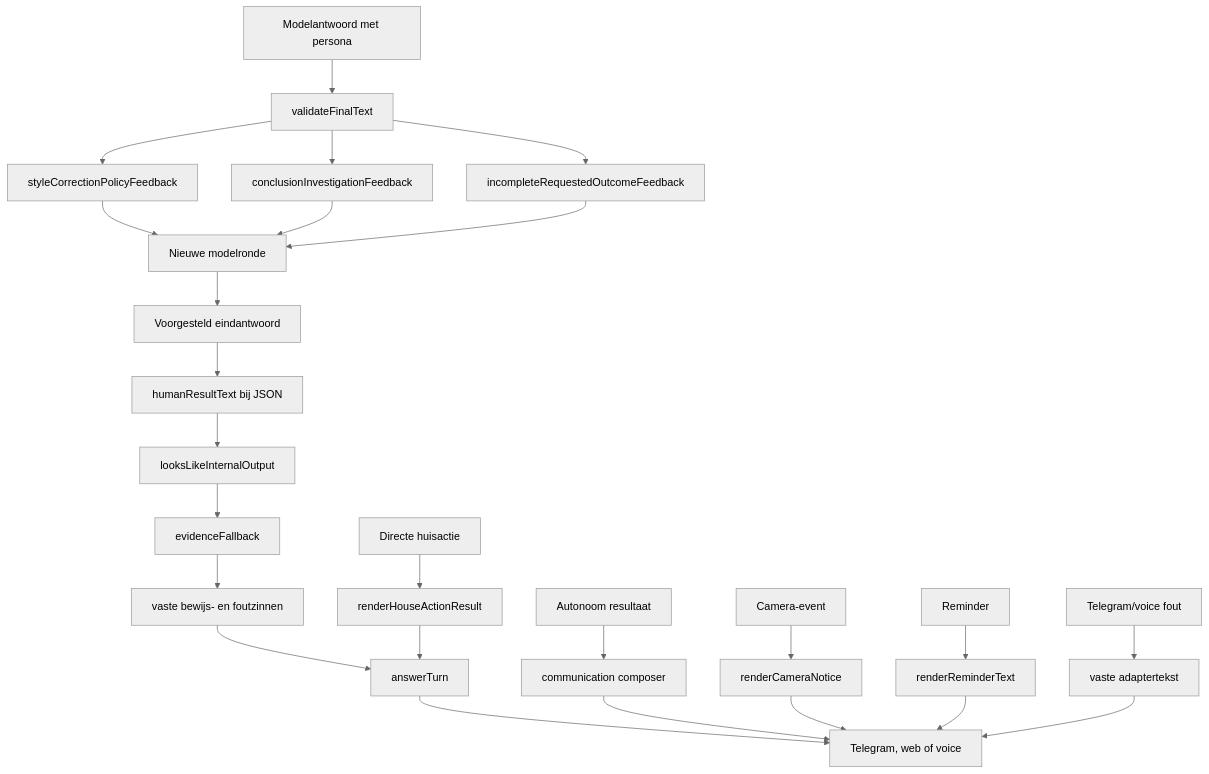
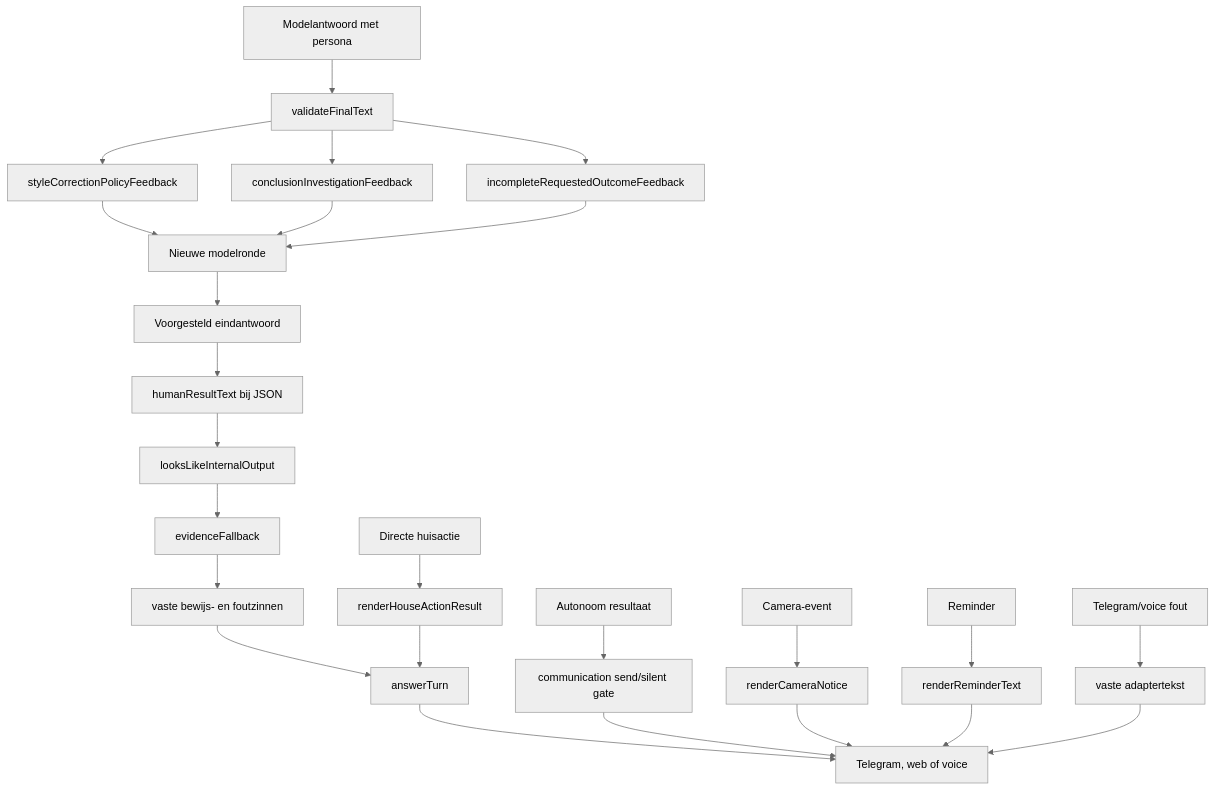
One commit to jaapfrank/eva changed the third of 3 diagrams in docs/eva-runtime-map.md. Above: the diagram before and after it, drawn with Mermaid (neutral theme). The commit also changed other lines of this file and 39 other files, not shown here.

````diff
--- a/docs/eva-runtime-map.md
+++ b/docs/eva-runtime-map.md
@@ -219,28 +221,28 @@
 ```mermaid
 flowchart TD
   Model[Modelantwoord met persona] --> Validate[validateFinalText]
   Validate --> Style[styleCorrectionPolicyFeedback]
   Validate --> Investigate[conclusionInvestigationFeedback]
   Validate --> Outcome[incompleteRequestedOutcomeFeedback]
   Style --> Retry[Nieuwe modelronde]
   Investigate --> Retry
   Outcome --> Retry
   Retry --> Raw[Voorgesteld eindantwoord]
   Raw --> JSON[humanResultText bij JSON]
   JSON --> Internal[looksLikeInternalOutput]
   Internal --> Proof[evidenceFallback]
   Proof --> Hard[vaste bewijs- en foutzinnen]
   Hard --> Answer[answerTurn]
   Answer --> Transport[Telegram, web of voice]
 
   House[Directe huisactie] --> Renderer[renderHouseActionResult]
   Renderer --> Answer
-  Auto[Autonoom resultaat] --> Composer[communication composer]
-  Composer --> Transport
+  Auto[Autonoom resultaat] --> Gate[communication send/silent gate]
+  Gate --> Transport
   Camera[Camera-event] --> CameraRenderer[renderCameraNotice]
   CameraRenderer --> Transport
   Reminder[Reminder] --> ReminderRenderer[renderReminderText]
   ReminderRenderer --> Transport
   AdapterError[Telegram/voice fout] --> Fixed[vaste adaptertekst]
   Fixed --> Transport
 ```
````
